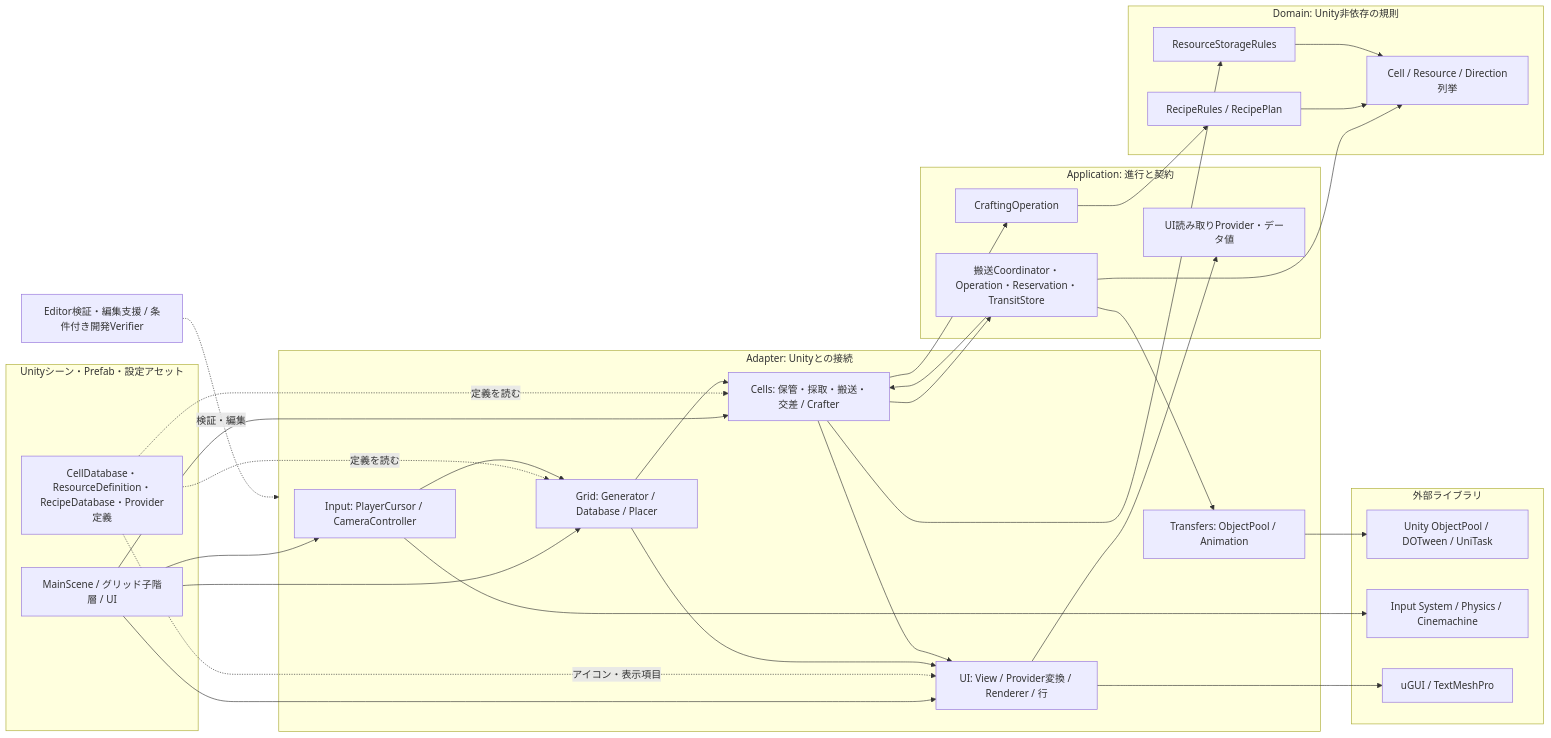
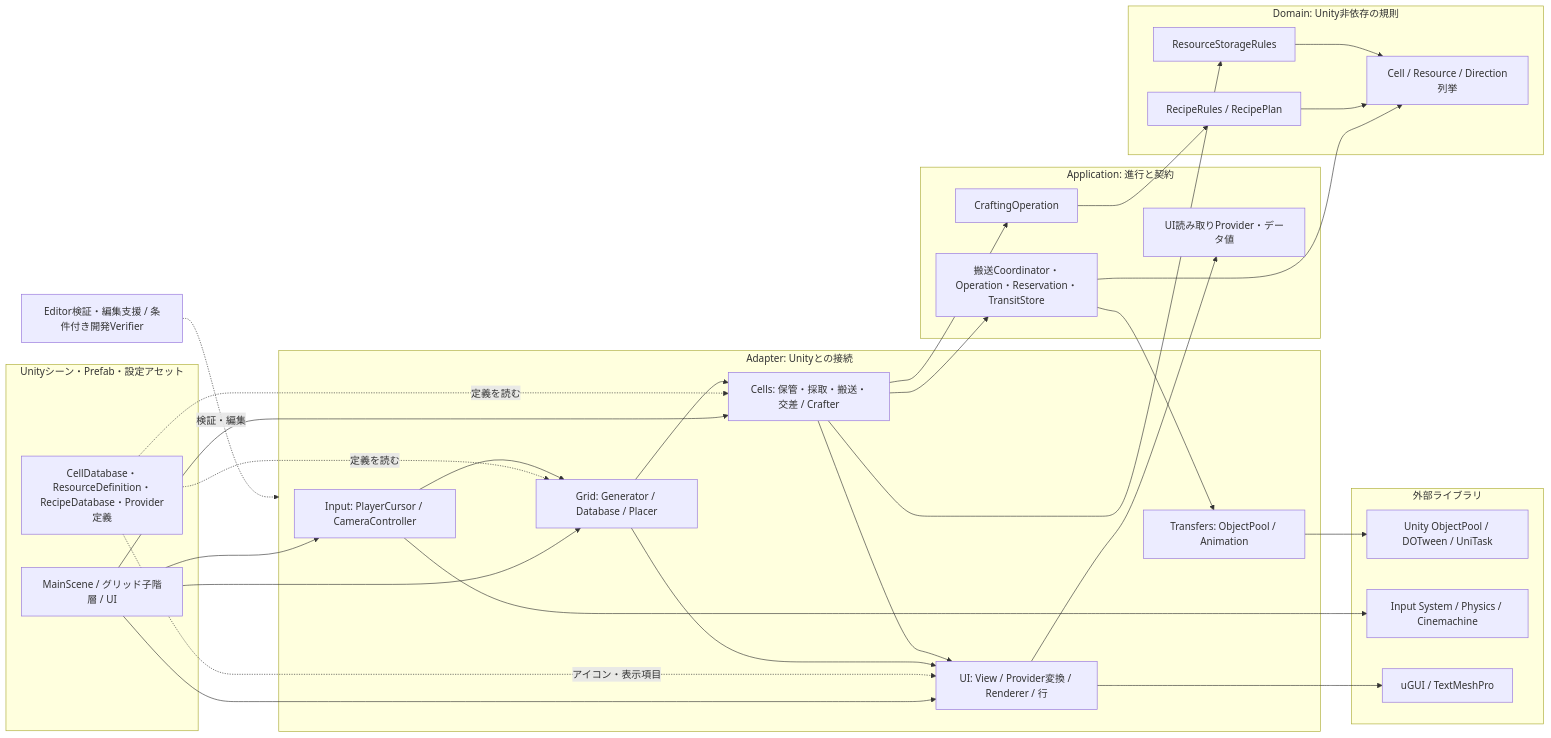
One commit to AoiTomiyama/FactoryGame changed the first of 2 diagrams in docs/design/current-architecture.md. Above: the diagram before and after it, drawn with Mermaid. The commit also changed other lines of this file and 21 other files, not shown here.

````diff
--- a/docs/design/current-architecture.md
+++ b/docs/design/current-architecture.md
@@ -22,54 +22,53 @@
 ```mermaid
 flowchart LR
  subgraph Scene["Unityシーン・Prefab・設定アセット"]
   Main["MainScene / グリッド子階層 / UI"]
   SO["CellDatabase・ResourceDefinition・RecipeDatabase・Provider定義"]
  end
  subgraph Adapter["Adapter: Unityとの接続"]
   Input["Input: PlayerCursor / CameraController"]
   Grid["Grid: Generator / Database / Placer"]
   Cells["Cells: 保管・採取・搬送・交差 / Crafter"]
   Presentation["Transfers: ObjectPool / Animation"]
   UI["UI: View / Provider変換 / Renderer / 行"]
  end
  subgraph Application["Application: 進行と契約"]
   Transfer["搬送Coordinator・Operation・Reservation・TransitStore"]
   Craft["CraftingOperation"]
   Read["UI読み取りProvider・データ値"]
  end
  subgraph Domain["Domain: Unity非依存の規則"]
   Storage["ResourceStorageRules"]
   Recipe["RecipeRules / RecipePlan"]
   Enum["Cell / Resource / Direction列挙"]
  end
  Main --> Input
  Main --> Grid
  Main --> Cells
  Main --> UI
  SO -. "定義を読む" .-> Grid
  SO -. "定義を読む" .-> Cells
  SO -. "アイコン・表示項目" .-> UI
  Input --> Grid
  Grid --> Cells
  Grid --> UI
  Cells --> Transfer
  Cells --> Craft
  Cells --> Storage
  Cells --> UI
  UI --> Read
  Transfer --> Presentation
- Transfer --> Cells
  Transfer --> Enum
  Craft --> Recipe
  Recipe --> Enum
  Storage --> Enum
  Presentation --> External
  Input --> InputLib
  UI --> UILib
  Editor["Editor検証・編集支援 / 条件付き開発Verifier"] -. "検証・編集" .-> Adapter
  subgraph Libraries["外部ライブラリ"]
  External["Unity ObjectPool / DOTween / UniTask"]
  InputLib["Input System / Physics / Cinemachine"]
  UILib["uGUI / TextMeshPro"]
  end
 ```
````
